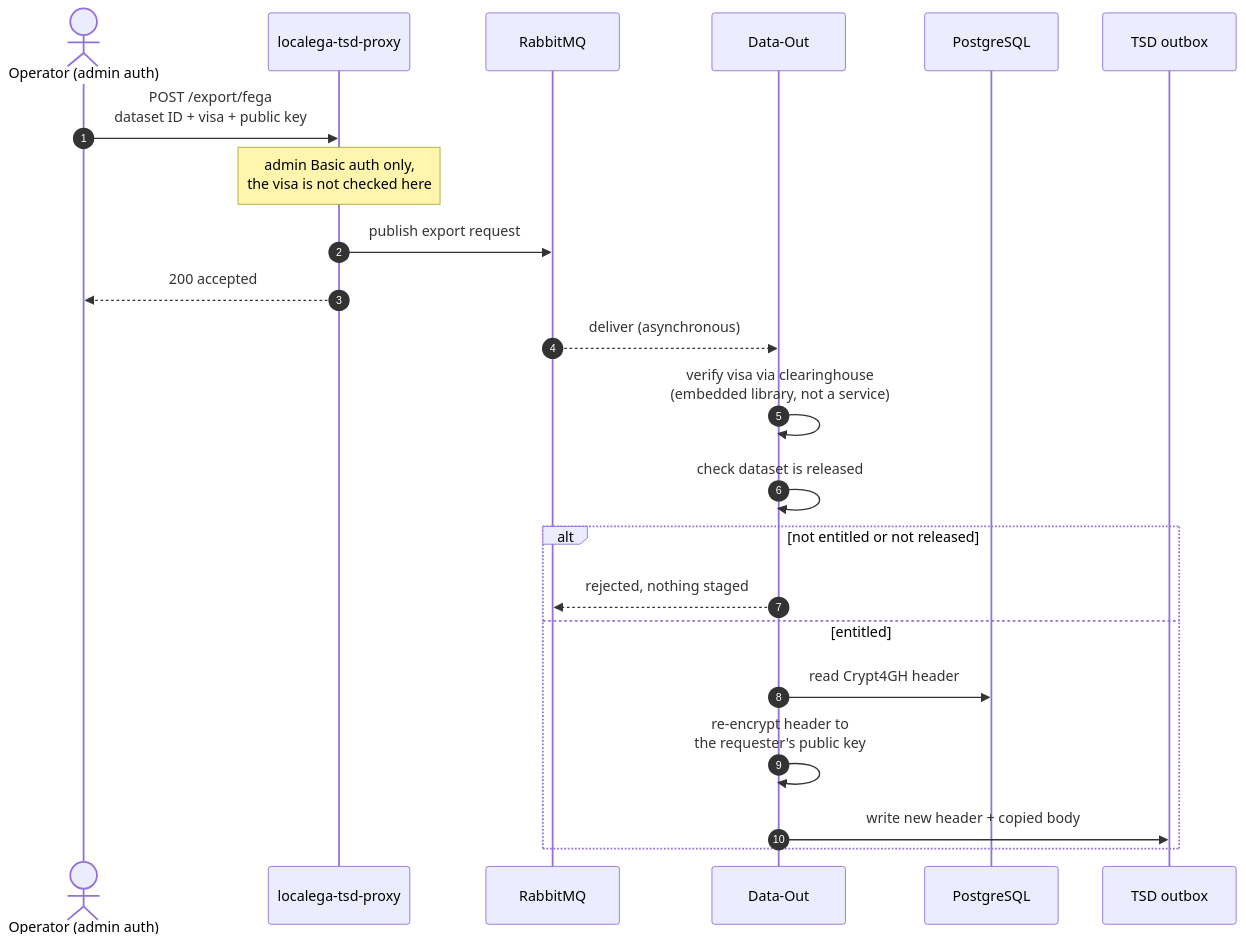
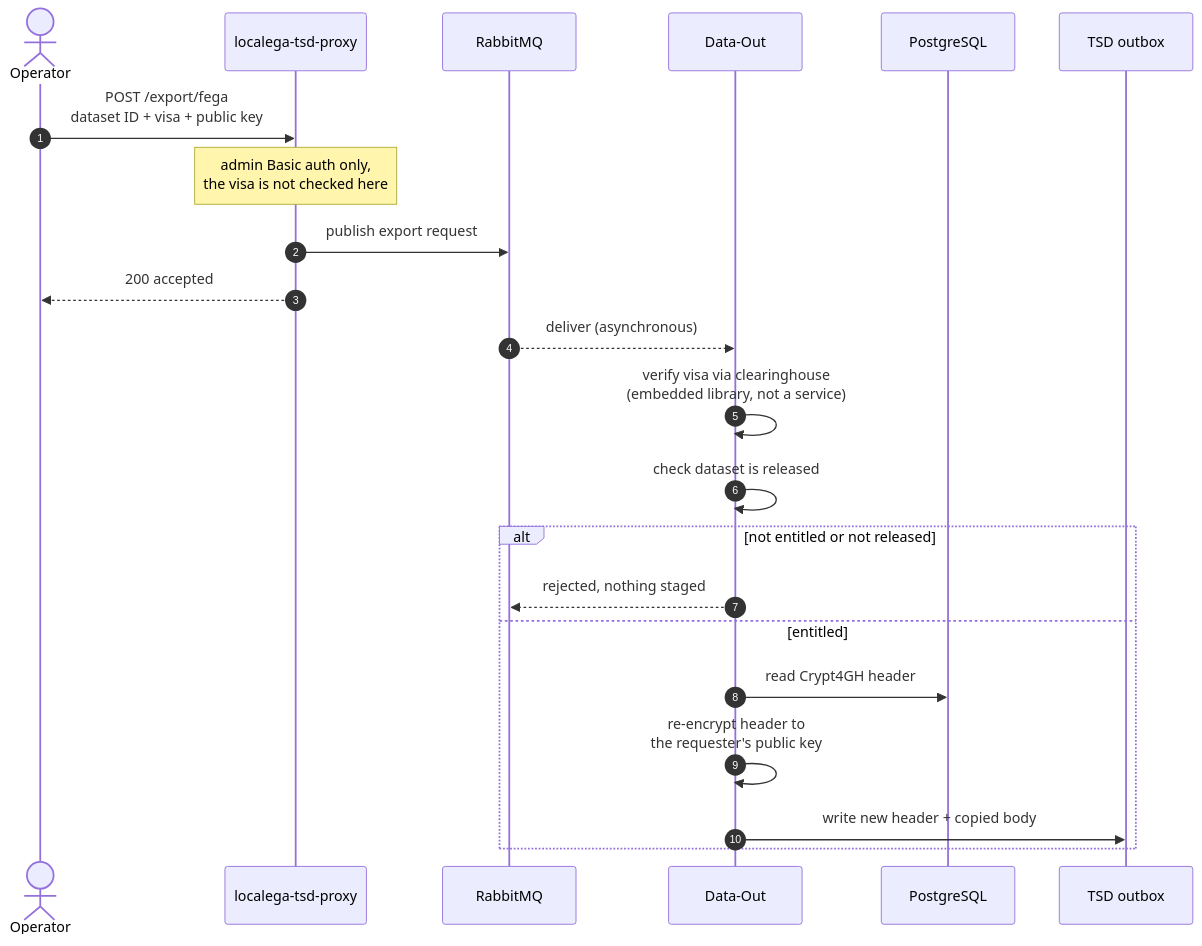
Before and after one commit to ELIXIR-NO/FEGA-Norway: the first of 2 diagrams in src/content/docs/architecture/export-download.md, drawn with Mermaid. The commit also changed 6 other files, not shown here.

````diff
--- a/src/content/docs/architecture/export-download.md
+++ b/src/content/docs/architecture/export-download.md
@@ -16,26 +16,26 @@
 ```mermaid
 sequenceDiagram
     autonumber
-    actor Admin as Operator (admin auth)
+    actor Admin as Operator
     participant Proxy as localega-tsd-proxy
     participant MQ as RabbitMQ
     participant DOA as Data-Out
     participant DB as PostgreSQL
     participant Outbox as TSD outbox
 
     Admin->>Proxy: POST /export/fega<br/>dataset ID + visa + public key
     Note over Proxy: admin Basic auth only,<br/>the visa is not checked here
     Proxy->>MQ: publish export request
     Proxy-->>Admin: 200 accepted
 
     MQ-->>DOA: deliver (asynchronous)
     DOA->>DOA: verify visa via clearinghouse<br/>(embedded library, not a service)
     DOA->>DOA: check dataset is released
     alt not entitled or not released
         DOA-->>MQ: rejected, nothing staged
     else entitled
         DOA->>DB: read Crypt4GH header
         DOA->>DOA: re-encrypt header to<br/>the requester's public key
         DOA->>Outbox: write new header + copied body
     end
 ```
````
